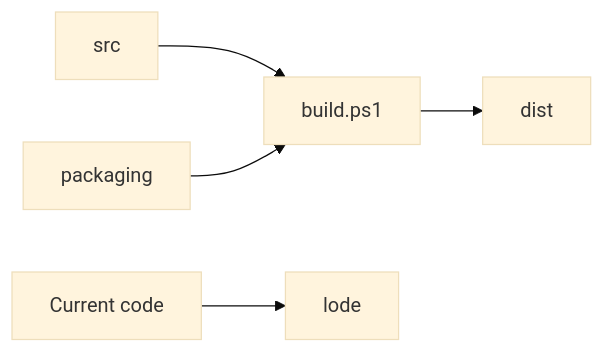
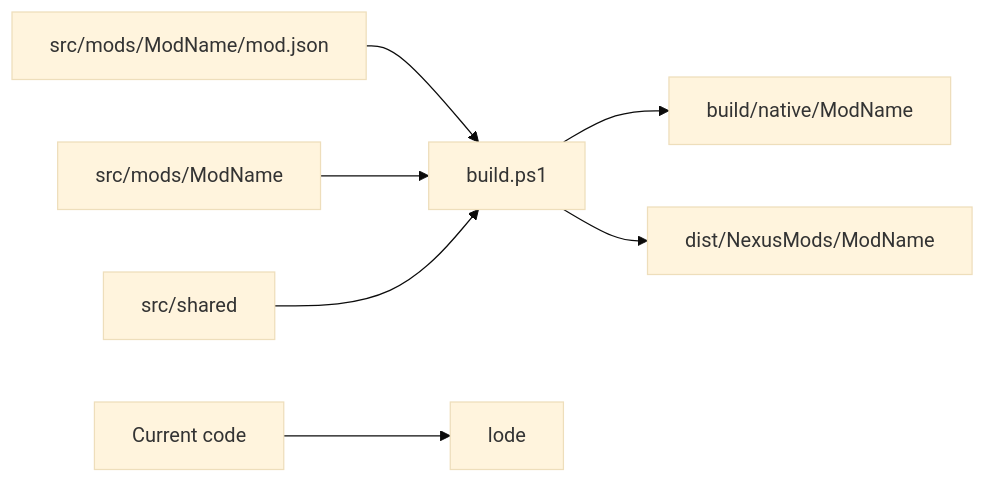
The diagram in lode/practices.md (TheAngryByrd/Wayfinder-Mods), drawn with Mermaid (base theme) before and after one commit. The commit also changed other lines of this file and 35 other files, not shown here.

First line of the commit message:
Expand MorePlayers and add multi-mod build tooling

````diff
--- a/lode/practices.md
+++ b/lode/practices.md
@@ -6,7 +6,9 @@
 ```mermaid
 flowchart LR
-    Source[src] --> Build[build.ps1]
-    Templates[packaging] --> Build
-    Build --> Dist[dist]
+    Manifest[src/mods/ModName/mod.json] --> Build[build.ps1]
+    Source[src/mods/ModName] --> Build
+    Shared[src/shared] --> Build
+    Build --> Native[build/native/ModName]
+    Build --> Dist[dist/NexusMods/ModName]
     Code[Current code] --> Lode[lode]
 ```
````
